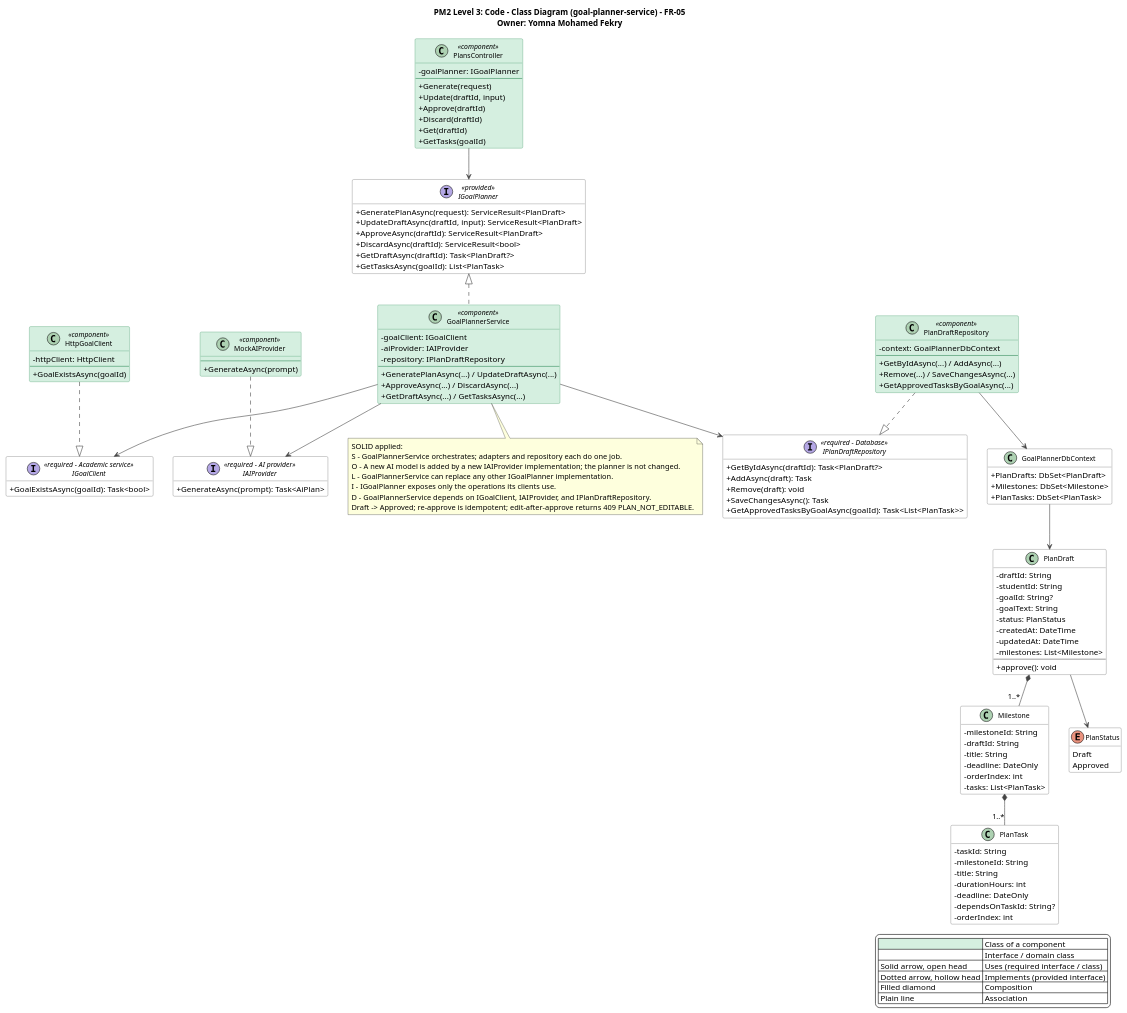
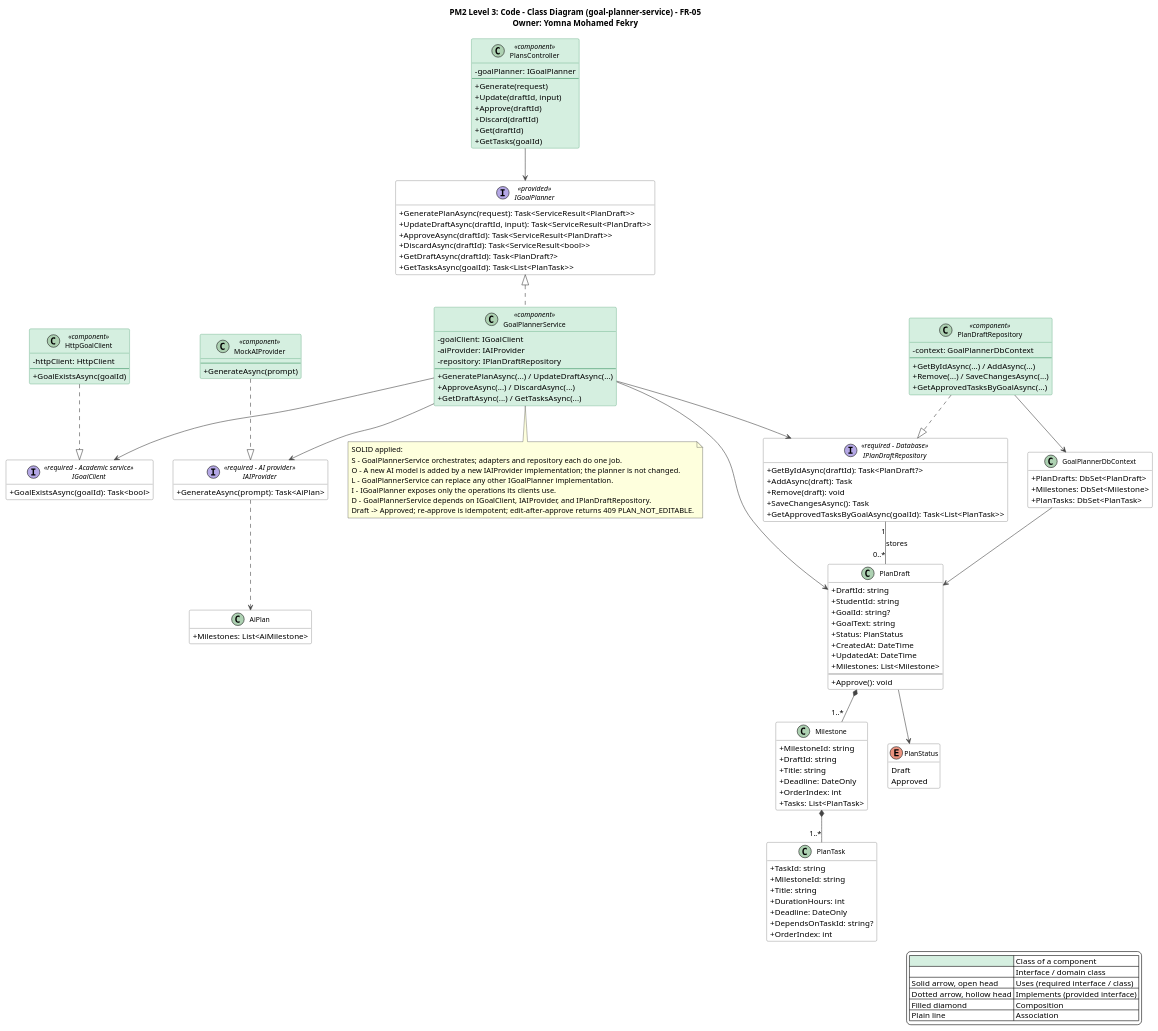
The diagram in docs/PM2/Part A — Design/Class Diagram/05-goal-planner-service.puml (AIU-SoftWave/Aspirra), drawn with PlantUML before and after one commit. The commit also changed 16 other files, not shown here.

Commit message:
Update PM2-01 class diagrams, message-link table, and report embeds (SCRUM-175, #54)

```diff
--- a/docs/PM2/Part A — Design/Class Diagram/05-goal-planner-service.puml
+++ b/docs/PM2/Part A — Design/Class Diagram/05-goal-planner-service.puml
@@ -1,160 +1,167 @@
 @startuml 05-goal-planner-service
 title PM2 Level 3: Code - Class Diagram (goal-planner-service) - FR-05\nOwner: Yomna Mohamed Fekry
 top to bottom direction
 skinparam shadowing false
 skinparam defaultFontName Segoe UI
 skinparam backgroundColor #FFFFFF
 skinparam classAttributeIconSize 0
 skinparam classFontSize 12
 skinparam nodesep 35
 skinparam ranksep 55
 skinparam ArrowColor #444444
 skinparam class {
   BackgroundColor #FFFFFF
   BorderColor #555555
   BackgroundColor<<component>> #D5EFE0
   BorderColor<<component>> #2E8B57
 }
 skinparam interface {
   BackgroundColor #FFFFFF
   BorderColor #555555
 }
 hide empty members
 
 legend right
   |<#D5EFE0>   | Class of a component |
   |<#FFFFFF>   | Interface / domain class |
   | Solid arrow, open head | Uses (required interface / class) |
   | Dotted arrow, hollow head | Implements (provided interface) |
   | Filled diamond | Composition |
   | Plain line | Association |
 endlegend
 
 interface IGoalPlanner <<provided>> {
-  +GeneratePlanAsync(request): ServiceResult<PlanDraft>
-  +UpdateDraftAsync(draftId, input): ServiceResult<PlanDraft>
-  +ApproveAsync(draftId): ServiceResult<PlanDraft>
-  +DiscardAsync(draftId): ServiceResult<bool>
+  +GeneratePlanAsync(request): Task<ServiceResult<PlanDraft>>
+  +UpdateDraftAsync(draftId, input): Task<ServiceResult<PlanDraft>>
+  +ApproveAsync(draftId): Task<ServiceResult<PlanDraft>>
+  +DiscardAsync(draftId): Task<ServiceResult<bool>>
   +GetDraftAsync(draftId): Task<PlanDraft?>
-  +GetTasksAsync(goalId): List<PlanTask>
+  +GetTasksAsync(goalId): Task<List<PlanTask>>
 }
 
 class PlansController <<component>> {
   -goalPlanner: IGoalPlanner
   --
   +Generate(request)
   +Update(draftId, input)
   +Approve(draftId)
   +Discard(draftId)
   +Get(draftId)
   +GetTasks(goalId)
 }
 
 class GoalPlannerService <<component>> {
   -goalClient: IGoalClient
   -aiProvider: IAIProvider
   -repository: IPlanDraftRepository
   --
   +GeneratePlanAsync(...) / UpdateDraftAsync(...)
   +ApproveAsync(...) / DiscardAsync(...)
   +GetDraftAsync(...) / GetTasksAsync(...)
 }
 
 interface IGoalClient <<required - Academic service>> {
   +GoalExistsAsync(goalId): Task<bool>
 }
 
 class HttpGoalClient <<component>> {
   -httpClient: HttpClient
   --
   +GoalExistsAsync(goalId)
 }
 
 interface IAIProvider <<required - AI provider>> {
   +GenerateAsync(prompt): Task<AiPlan>
 }
 
 class MockAIProvider <<component>> {
   --
   +GenerateAsync(prompt)
 }
 
 interface IPlanDraftRepository <<required - Database>> {
   +GetByIdAsync(draftId): Task<PlanDraft?>
   +AddAsync(draft): Task
   +Remove(draft): void
   +SaveChangesAsync(): Task
   +GetApprovedTasksByGoalAsync(goalId): Task<List<PlanTask>>
 }
 
 class PlanDraftRepository <<component>> {
   -context: GoalPlannerDbContext
   --
   +GetByIdAsync(...) / AddAsync(...)
   +Remove(...) / SaveChangesAsync(...)
   +GetApprovedTasksByGoalAsync(...)
 }
 
 class GoalPlannerDbContext {
   +PlanDrafts: DbSet<PlanDraft>
   +Milestones: DbSet<Milestone>
   +PlanTasks: DbSet<PlanTask>
 }
 
+class AiPlan {
+  +Milestones: List<AiMilestone>
+}
+
 class PlanDraft {
-  -draftId: String
-  -studentId: String
-  -goalId: String?
-  -goalText: String
-  -status: PlanStatus
-  -createdAt: DateTime
-  -updatedAt: DateTime
-  -milestones: List<Milestone>
+  +DraftId: string
+  +StudentId: string
+  +GoalId: string?
+  +GoalText: string
+  +Status: PlanStatus
+  +CreatedAt: DateTime
+  +UpdatedAt: DateTime
+  +Milestones: List<Milestone>
   --
-  +approve(): void
+  +Approve(): void
 }
 class Milestone {
-  -milestoneId: String
-  -draftId: String
-  -title: String
-  -deadline: DateOnly
-  -orderIndex: int
-  -tasks: List<PlanTask>
+  +MilestoneId: string
+  +DraftId: string
+  +Title: string
+  +Deadline: DateOnly
+  +OrderIndex: int
+  +Tasks: List<PlanTask>
 }
 class PlanTask {
-  -taskId: String
-  -milestoneId: String
-  -title: String
-  -durationHours: int
-  -deadline: DateOnly
-  -dependsOnTaskId: String?
-  -orderIndex: int
+  +TaskId: string
+  +MilestoneId: string
+  +Title: string
+  +DurationHours: int
+  +Deadline: DateOnly
+  +DependsOnTaskId: string?
+  +OrderIndex: int
 }
 enum PlanStatus {
   Draft
   Approved
 }
 
 PlansController --> IGoalPlanner
 IGoalPlanner <|.. GoalPlannerService
 GoalPlannerService --> IGoalClient
 GoalPlannerService --> IAIProvider
 GoalPlannerService --> IPlanDraftRepository
+GoalPlannerService --> PlanDraft
+IAIProvider ..> AiPlan
+IPlanDraftRepository "1" -- "0..*" PlanDraft : stores
 HttpGoalClient ..|> IGoalClient
 MockAIProvider ..|> IAIProvider
 PlanDraftRepository ..|> IPlanDraftRepository
 PlanDraftRepository --> GoalPlannerDbContext
 GoalPlannerDbContext --> PlanDraft
 PlanDraft *-- "1..*" Milestone
 Milestone *-- "1..*" PlanTask
 PlanDraft --> PlanStatus
 note bottom of GoalPlannerService
 SOLID applied:
 S - GoalPlannerService orchestrates; adapters and repository each do one job.
 O - A new AI model is added by a new IAIProvider implementation; the planner is not changed.
 L - GoalPlannerService can replace any other IGoalPlanner implementation.
 I - IGoalPlanner exposes only the operations its clients use.
 D - GoalPlannerService depends on IGoalClient, IAIProvider, and IPlanDraftRepository.
 Draft -> Approved; re-approve is idempotent; edit-after-approve returns 409 PLAN_NOT_EDITABLE.
 end note
 @enduml
```
